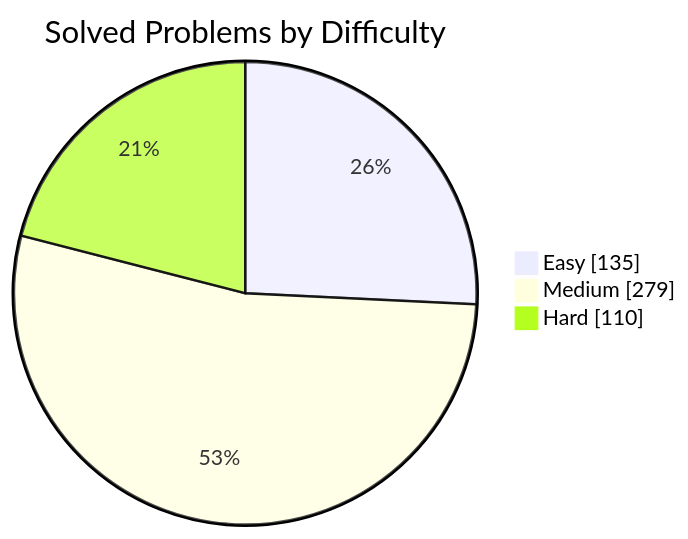
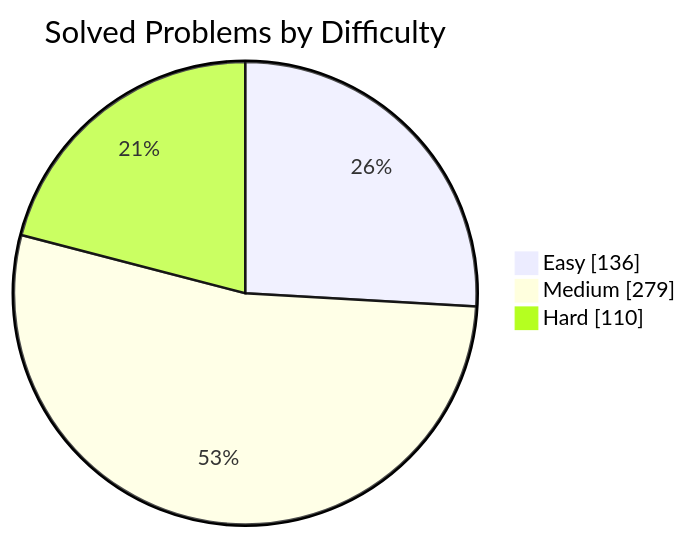
Before and after one commit to manikantbindass/DSA-Preparation-FAANG: the first of 2 diagrams in README.md, drawn with Mermaid. The commit also changed other lines of this file and 1 other file, not shown here.

````diff
--- a/README.md
+++ b/README.md
@@ -79,7 +79,7 @@
 ```mermaid
 pie showData
     title Solved Problems by Difficulty
-    "Easy" : 135
+    "Easy" : 136
     "Medium" : 279
     "Hard" : 110
 ```
````
